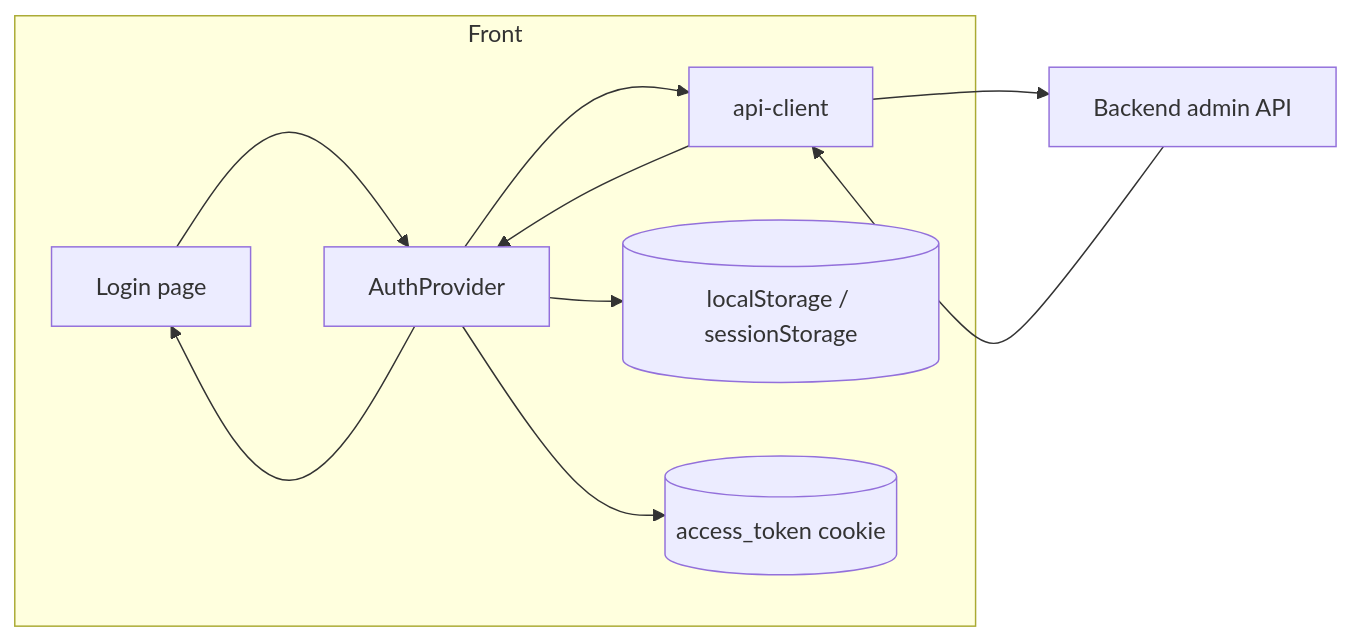
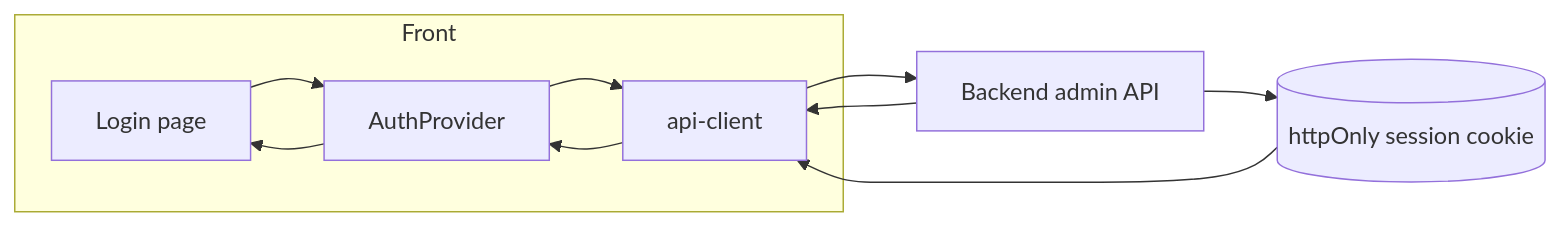
One commit to MicroClub-USTHB/multAI changed the first of 4 diagrams in frontend/docs/integration.md. Above: the diagram before and after it, drawn with Mermaid. The commit also changed other lines of this file and 2 other files, not shown here.

Commit message:
fix(auth): use backend session cookie

````diff
--- a/frontend/docs/integration.md
+++ b/frontend/docs/integration.md
@@ -28,21 +28,20 @@
 ```mermaid
 flowchart LR
   subgraph Client[Front]
     Login[Login page]
     Provider[AuthProvider]
     ClientAPI[api-client]
-    Storage[(localStorage / sessionStorage)]
-    Cookie[(access_token cookie)]
   end
 
   API[Backend admin API]
+  Cookie[(httpOnly session cookie)]
 
   Login --> Provider
-  Provider --> Storage
-  Provider --> Cookie
   Provider --> ClientAPI
   ClientAPI --> API
   API --> ClientAPI
+  API --> Cookie
+  Cookie --> ClientAPI
   ClientAPI --> Provider
   Provider --> Login
 ```
````
